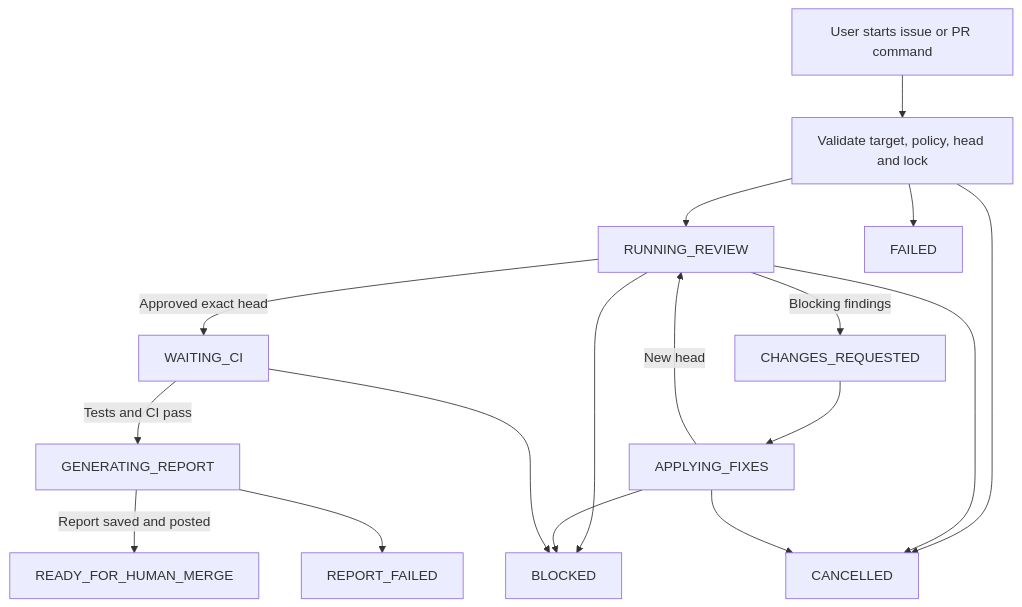
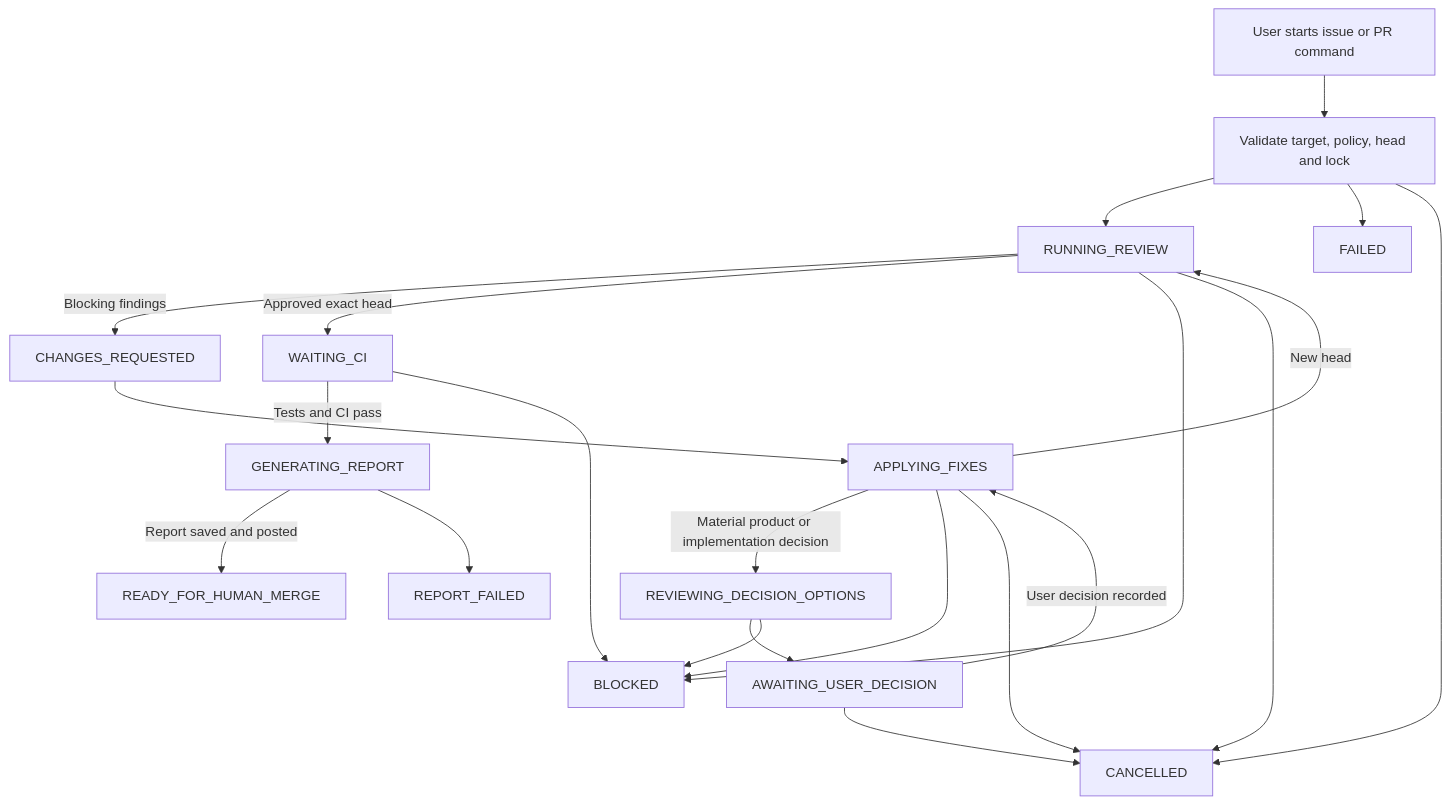
One commit to Mega-Gorilla/coding-review-agent-loop changed the diagram in docs/plans/claude-codex-target-experience.md. Above: the diagram before and after it, drawn with Mermaid. The commit also changed other lines of this file, not shown here.

Commit message:
Document user decision workflow

````diff
--- a/docs/plans/claude-codex-target-experience.md
+++ b/docs/plans/claude-codex-target-experience.md
@@ -232,19 +235,24 @@
 ```mermaid
 flowchart TD
     Start[User starts issue or PR command] --> Validate[Validate target, policy, head and lock]
     Validate --> Review[RUNNING_REVIEW]
     Review -->|Blocking findings| Changes[CHANGES_REQUESTED]
     Changes --> Fix[APPLYING_FIXES]
     Fix -->|New head| Review
+    Fix -->|Material product or implementation decision| DecisionReview[REVIEWING_DECISION_OPTIONS]
+    DecisionReview --> AwaitDecision[AWAITING_USER_DECISION]
+    AwaitDecision -->|User decision recorded| Fix
     Review -->|Approved exact head| CI[WAITING_CI]
     CI -->|Tests and CI pass| Report[GENERATING_REPORT]
     Report -->|Report saved and posted| Ready[READY_FOR_HUMAN_MERGE]
     Validate --> Failed[FAILED]
     Review --> Blocked[BLOCKED]
+    DecisionReview --> Blocked
+    AwaitDecision --> Cancelled
     Fix --> Blocked
     CI --> Blocked
     Report --> ReportFailed[REPORT_FAILED]
     Validate --> Cancelled[CANCELLED]
     Review --> Cancelled
     Fix --> Cancelled
 ```
````
